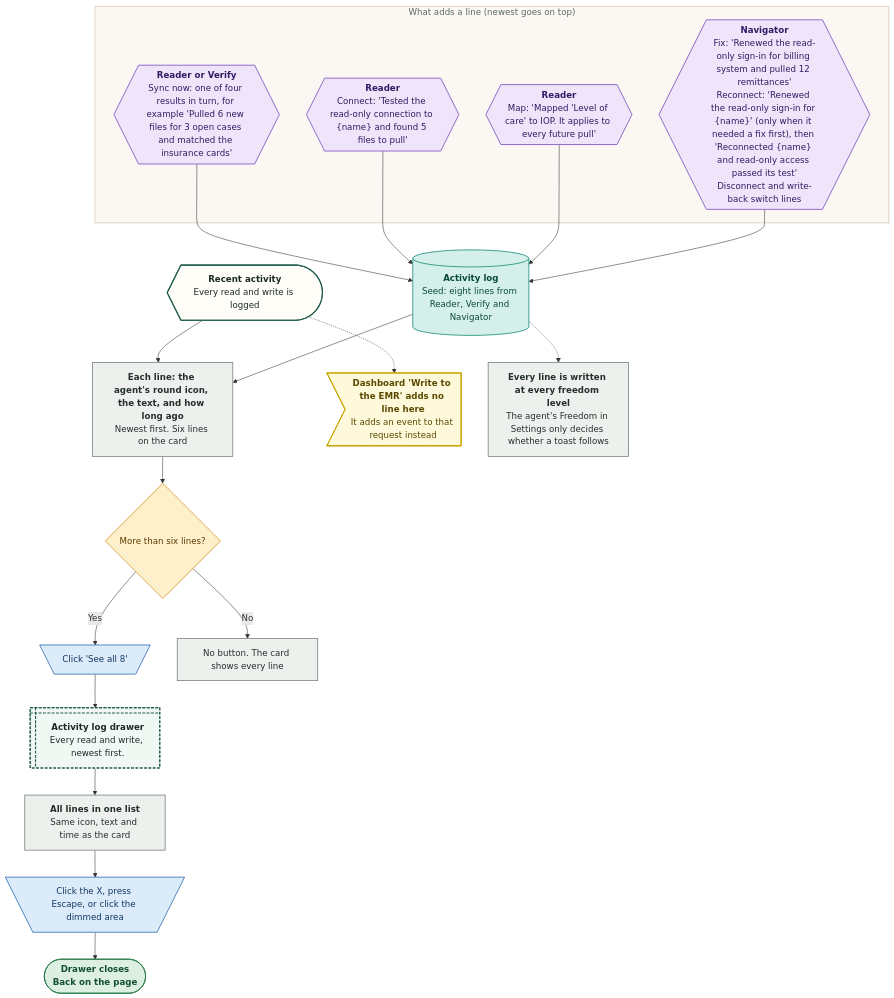
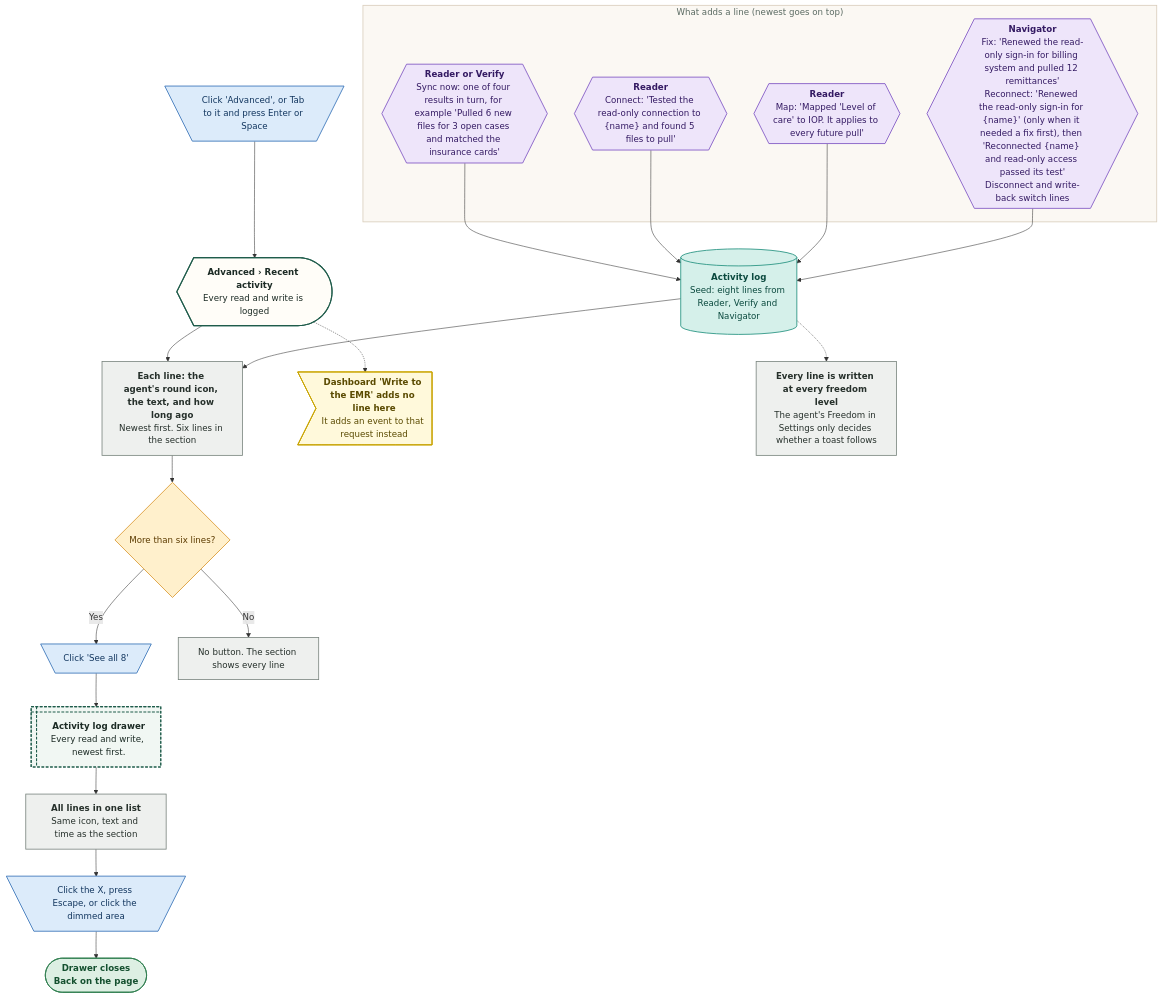
One commit to Shrav143/psyfloapp changed the sixth of 20 diagrams in demos/prior-auth-demo/workflows/out/md/09-emr-connect.md. Above: the diagram before and after it, drawn with Mermaid. The commit also changed other lines of this file and 192 other files, not shown here.

First line of the commit message:
docs: changelog by sidebar tab; README, diagrams and Settings layout aligned with the refinement; shared InfoTip; referral cost-share line

````diff
--- a/demos/prior-auth-demo/workflows/out/md/09-emr-connect.md
+++ b/demos/prior-auth-demo/workflows/out/md/09-emr-connect.md
@@ -279,55 +423,56 @@
 ```mermaid
 %%{init: {"theme":"base","themeVariables":{"fontFamily":"'DM Sans', 'Segoe UI', system-ui, sans-serif","fontSize":"15px","lineColor":"#5B6B63","primaryTextColor":"#1C2B25","clusterBkg":"#FBF8F3","clusterBorder":"#D9CDBB","edgeLabelBackground":"#FFFFFF"},"flowchart":{"curve":"basis","nodeSpacing":36,"rankSpacing":48,"padding":12,"htmlLabels":true,"useMaxWidth":false,"wrappingWidth":230}} }%%
 flowchart TD
   classDef k_start fill:#1F5C4B,stroke:#174638,color:#FFFFFF,stroke-width:1.5px,font-weight:600
   classDef k_end fill:#DDEFE3,stroke:#2E7D4F,color:#14502F,stroke-width:1.5px,font-weight:600
   classDef k_endx fill:#FBE3E0,stroke:#C0392B,color:#7A1F16,stroke-width:1.5px,font-weight:600
   classDef k_screen fill:#FFFDF8,stroke:#1F5C4B,color:#1C2B25,stroke-width:2px
   classDef k_overlay fill:#F1F7F3,stroke:#1F5C4B,color:#1C2B25,stroke-width:2px,stroke-dasharray:5 3
   classDef k_click fill:#DCEBFA,stroke:#2F6DB5,color:#12365F,stroke-width:1.5px
   classDef k_input fill:#E4E7FF,stroke:#4C5FD5,color:#1D2670,stroke-width:1.5px
   classDef k_process fill:#EEF0EE,stroke:#7A857F,color:#26302B,stroke-width:1.5px
   classDef k_agent fill:#EEE5FA,stroke:#7A4FC2,color:#341A63,stroke-width:1.5px
   classDef k_decision fill:#FFF0CC,stroke:#D9962B,color:#5C3B00,stroke-width:1.5px
   classDef k_store fill:#D5F0EA,stroke:#1C8E7B,color:#0B4A3F,stroke-width:1.5px
   classDef k_doc fill:#F6E9DC,stroke:#B07A4C,color:#4A2E14,stroke-width:1.5px
   classDef k_ext fill:#FFE6D2,stroke:#E07B39,color:#6B2F06,stroke-width:1.5px
   classDef k_wait fill:#E4E8EE,stroke:#6B7C93,color:#26303D,stroke-width:1.5px
   classDef k_toast fill:#FFF9DB,stroke:#C9A400,color:#5A4A00,stroke-width:1.5px
   classDef k_goto fill:#FFFFFF,stroke:#1F5C4B,color:#1F5C4B,stroke-width:1.5px,stroke-dasharray:5 3
-  p1@{ shape: curv-trap, label: "<b>Recent activity</b><br/>Every read and write is logged" }
-  r1@{ shape: rect, label: "<b>Each line: the agent's round icon, the text, and how long ago</b><br/>Newest first. Six lines on the card" }
+  ad@{ shape: trap-t, label: "Click 'Advanced', or Tab to it and press Enter or Space" }
+  p1@{ shape: curv-trap, label: "<b>Advanced › Recent activity</b><br/>Every read and write is logged" }
+  r1@{ shape: rect, label: "<b>Each line: the agent's round icon, the text, and how long ago</b><br/>Newest first. Six lines in the section" }
   q1@{ shape: diam, label: "More than six lines?" }
   b1@{ shape: trap-t, label: "Click 'See all 8'" }
-  nb@{ shape: rect, label: "No button. The card shows every line" }
+  nb@{ shape: rect, label: "No button. The section shows every line" }
   o1@{ shape: win-pane, label: "<b>Activity log drawer</b><br/>Every read and write, newest first." }
-  o2@{ shape: rect, label: "<b>All lines in one list</b><br/>Same icon, text and time as the card" }
+  o2@{ shape: rect, label: "<b>All lines in one list</b><br/>Same icon, text and time as the section" }
   x1@{ shape: trap-t, label: "Click the X, press Escape, or click the dimmed area" }
   e1@{ shape: stadium, label: "<b>Drawer closes</b><br/>Back on the page" }
   subgraph gAdds ["What adds a line (newest goes on top)"]
   l1@{ shape: hex, label: "<b>Reader or Verify</b><br/>Sync now: one of four results in turn, for example 'Pulled 6 new files for 3 open cases and matched the insurance cards'" }
   l2@{ shape: hex, label: "<b>Reader</b><br/>Connect: 'Tested the read-only connection to {name} and found 5 files to pull'" }
   l3@{ shape: hex, label: "<b>Reader</b><br/>Map: 'Mapped 'Level of care' to IOP. It applies to every future pull'" }
   l4@{ shape: hex, label: "<b>Navigator</b><br/>Fix: 'Renewed the read-only sign-in for billing system and pulled 12 remittances'<br/>Reconnect: 'Renewed the read-only sign-in for {name}' (only when it needed a fix first), then 'Reconnected {name} and read-only access passed its test'<br/>Disconnect and write-back switch lines" }
   end
   st@{ shape: cyl, label: "<b>Activity log</b><br/>Seed: eight lines from Reader, Verify and Navigator" }
   nt@{ shape: odd, label: "<b>Dashboard 'Write to the EMR' adds no line here</b><br/>It adds an event to that request instead" }
   fz@{ shape: rect, label: "<b>Every line is written at every freedom level</b><br/>The agent's Freedom in Settings only decides whether a toast follows" }
-  p1 --> r1 --> q1
+  ad --> p1 --> r1 --> q1
   q1 -->|"Yes"| b1 --> o1 --> o2 --> x1 --> e1
   q1 -->|"No"| nb
   l1 & l2 & l3 & l4 --> st
   st --> r1
   p1 -.-> nt
   st -.-> fz
+  class ad,b1,x1 k_click
   class p1 k_screen
   class r1,nb,o2,fz k_process
   class q1 k_decision
-  class b1,x1 k_click
   class o1 k_overlay
   class e1 k_end
   class l1,l2,l3,l4 k_agent
   class st k_store
   class nt k_toast
   style gAdds fill:#FBF8F3,stroke:#D9CDBB,stroke-width:1.5px,color:#5B6B63
 ```
````
